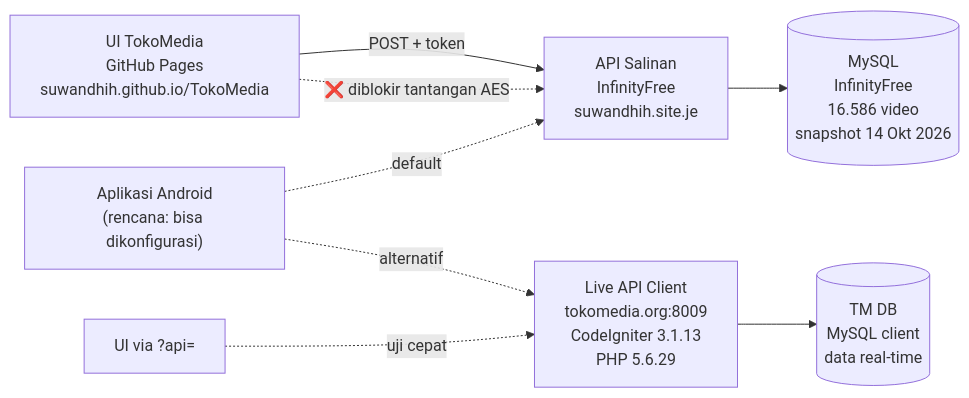
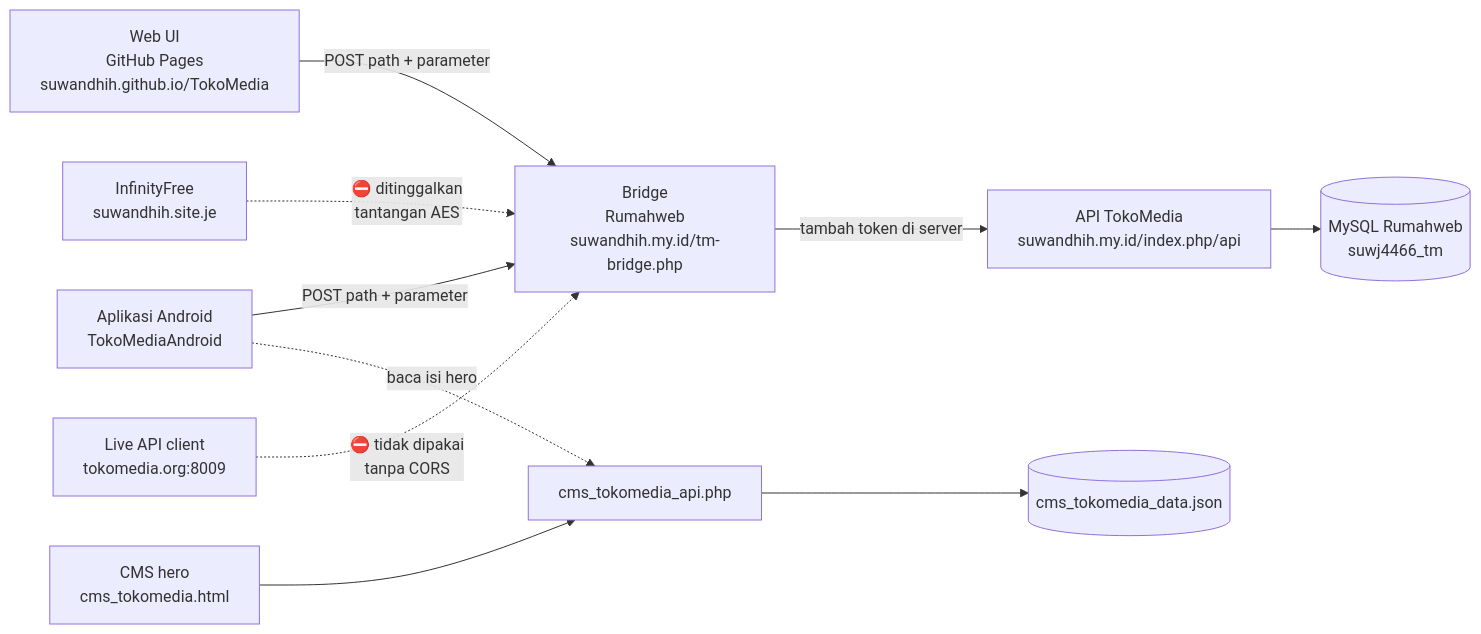
One commit to suwandhih/TokoMedia changed the first of 2 diagrams in rencanakerja.md. Above: the diagram before and after it, drawn with Mermaid. The commit also changed other lines of this file and 2 other files, not shown here.

````diff
--- a/rencanakerja.md
+++ b/rencanakerja.md
@@ -115,11 +120,12 @@
 ```mermaid
 flowchart LR
-    A["UI TokoMedia<br/>GitHub Pages<br/>suwandhih.github.io/TokoMedia"] -->|"POST + token"| B["API Salinan<br/>InfinityFree<br/>suwandhih.site.je"]
-    B --> C[("MySQL<br/>InfinityFree<br/>16.586 video<br/>snapshot 14 Okt 2026")]
-    D["Aplikasi Android<br/>(rencana: bisa dikonfigurasi)"] -.->|"default"| B
-    D -.->|"alternatif"| E
-    F["UI via ?api="] -.->|"uji cepat"| E
-    E["Live API Client<br/>tokomedia.org:8009<br/>CodeIgniter 3.1.13<br/>PHP 5.6.29"]
-    E --> G[("TM DB<br/>MySQL client<br/>data real-time")]
-    A -.->|"❌ diblokir tantangan AES"| B
+    A["Web UI<br/>GitHub Pages<br/>suwandhih.github.io/TokoMedia"] -->|"POST path + parameter"| B["Bridge<br/>Rumahweb<br/>suwandhih.my.id/tm-bridge.php"]
+    D["Aplikasi Android<br/>TokoMediaAndroid"] -->|"POST path + parameter"| B
+    B -->|"tambah token di server"| E["API TokoMedia<br/>suwandhih.my.id/index.php/api"]
+    E --> G[("MySQL Rumahweb<br/>suwj4466_tm")]
+    C["CMS hero<br/>cms_tokomedia.html"] --> H["cms_tokomedia_api.php"]
+    H --> I[("cms_tokomedia_data.json")]
+    D -.->|"baca isi hero"| H
+    X["InfinityFree<br/>suwandhih.site.je"] -.->|"⛔ ditinggalkan<br/>tantangan AES"| B
+    Y["Live API client<br/>tokomedia.org:8009"] -.->|"⛔ tidak dipakai<br/>tanpa CORS"| B
 ```
````
